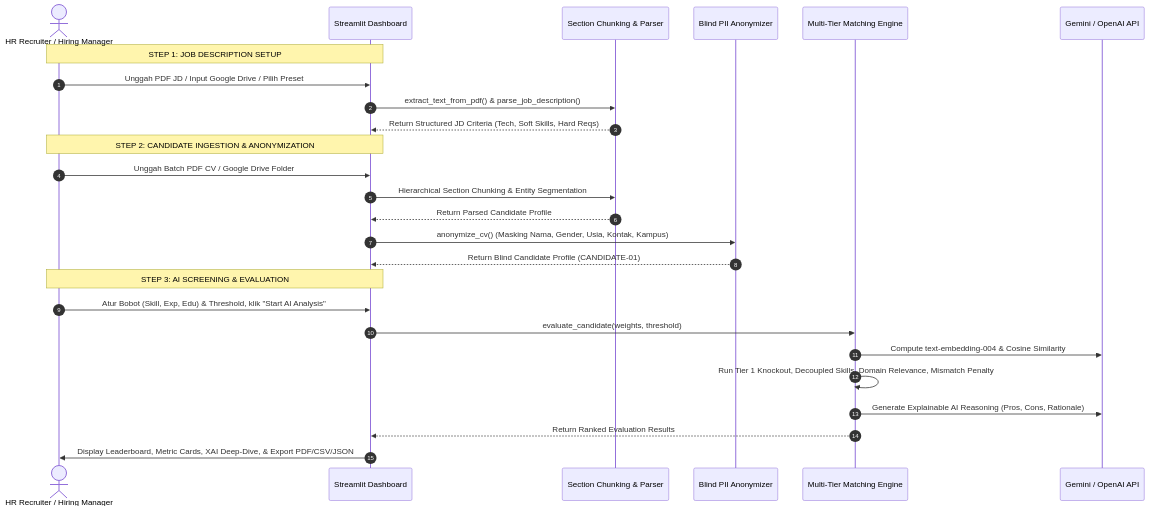
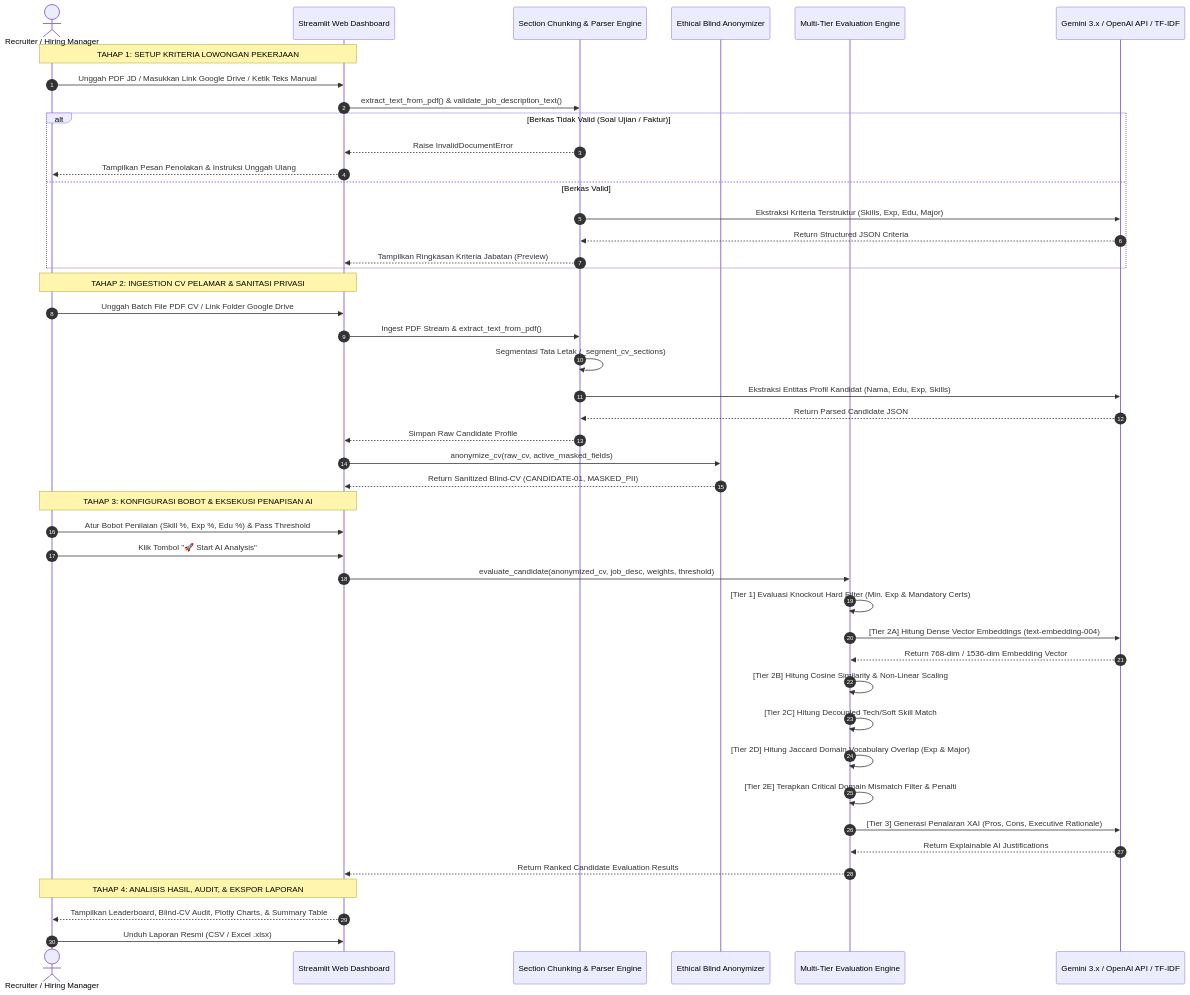
One commit to rrexzra36/Autonomous_Candidate_Screening_Platform changed the first of 3 diagrams in PRD.md. Above: the diagram before and after it, drawn with Mermaid. The commit also changed other lines of this file and 4 other files, not shown here.

````diff
--- a/PRD.md
+++ b/PRD.md
@@ -45,31 +126,52 @@
 ```mermaid
 sequenceDiagram
     autonumber
-    actor HR as HR Recruiter / Hiring Manager
-    participant App as Streamlit Dashboard
-    participant Parser as Section Chunking & Parser
-    participant Anon as Blind PII Anonymizer
-    participant Matcher as Multi-Tier Matching Engine
-    participant LLM as Gemini / OpenAI API
+    actor HR as Recruiter / Hiring Manager
+    participant UI as Streamlit Web Dashboard
+    participant Parser as Section Chunking & Parser Engine
+    participant Anon as Ethical Blind Anonymizer
+    participant Matcher as Multi-Tier Evaluation Engine
+    participant AI as Gemini 3.x / OpenAI API / TF-IDF
 
-    Note over HR,App: STEP 1: JOB DESCRIPTION SETUP
-    HR->>App: Unggah PDF JD / Input Google Drive / Pilih Preset
-    App->>Parser: extract_text_from_pdf() & parse_job_description()
-    Parser-->>App: Return Structured JD Criteria (Tech, Soft Skills, Hard Reqs)
+    Note over HR,UI: TAHAP 1: SETUP KRITERIA LOWONGAN PEKERJAAN
+    HR->>UI: Unggah PDF JD / Masukkan Link Google Drive / Ketik Teks Manual
+    UI->>Parser: extract_text_from_pdf() & validate_job_description_text()
+    alt Berkas Tidak Valid (Soal Ujian / Faktur)
+        Parser-->>UI: Raise InvalidDocumentError
+        UI-->>HR: Tampilkan Pesan Penolakan & Instruksi Unggah Ulang
+    else Berkas Valid
+        Parser->>AI: Ekstraksi Kriteria Terstruktur (Skills, Exp, Edu, Major)
+        AI-->>Parser: Return Structured JSON Criteria
+        Parser-->>UI: Tampilkan Ringkasan Kriteria Jabatan (Preview)
+    end
 
-    Note over HR,App: STEP 2: CANDIDATE INGESTION & ANONYMIZATION
-    HR->>App: Unggah Batch PDF CV / Google Drive Folder
-    App->>Parser: Hierarchical Section Chunking & Entity Segmentation
-    Parser-->>App: Return Parsed Candidate Profile
-    App->>Anon: anonymize_cv() (Masking Nama, Gender, Usia, Kontak, Kampus)
-    Anon-->>App: Return Blind Candidate Profile (CANDIDATE-01)
+    Note over HR,UI: TAHAP 2: INGESTION CV PELAMAR & SANITASI PRIVASI
+    HR->>UI: Unggah Batch File PDF CV / Link Folder Google Drive
+    UI->>Parser: Ingest PDF Stream & extract_text_from_pdf()
+    Parser->>Parser: Segmentasi Tata Letak (_segment_cv_sections)
+    Parser->>AI: Ekstraksi Entitas Profil Kandidat (Nama, Edu, Exp, Skills)
+    AI-->>Parser: Return Parsed Candidate JSON
+    Parser-->>UI: Simpan Raw Candidate Profile
+    UI->>Anon: anonymize_cv(raw_cv, active_masked_fields)
+    Anon-->>UI: Return Sanitized Blind-CV (CANDIDATE-01, MASKED_PII)
 
-    Note over HR,App: STEP 3: AI SCREENING & EVALUATION
-    HR->>App: Atur Bobot (Skill, Exp, Edu) & Threshold, klik "Start AI Analysis"
-    App->>Matcher: evaluate_candidate(weights, threshold)
-    Matcher->>LLM: Compute text-embedding-004 & Cosine Similarity
-    Matcher->>Matcher: Run Tier 1 Knockout, Decoupled Skills, Domain Relevance, Mismatch Penalty
-    Matcher->>LLM: Generate Explainable AI Reasoning (Pros, Cons, Rationale)
-    Matcher-->>App: Return Ranked Evaluation Results
-    App->>HR: Display Leaderboard, Metric Cards, XAI Deep-Dive, & Export PDF/CSV/JSON
+    Note over HR,UI: TAHAP 3: KONFIGURASI BOBOT & EKSEKUSI PENAPISAN AI
+    HR->>UI: Atur Bobot Penilaian (Skill %, Exp %, Edu %) & Pass Threshold
+    HR->>UI: Klik Tombol "🚀 Start AI Analysis"
+    UI->>Matcher: evaluate_candidate(anonymized_cv, job_desc, weights, threshold)
+    
+    Matcher->>Matcher: [Tier 1] Evaluasi Knockout Hard Filter (Min. Exp & Mandatory Certs)
+    Matcher->>AI: [Tier 2A] Hitung Dense Vector Embeddings (text-embedding-004)
+    AI-->>Matcher: Return 768-dim / 1536-dim Embedding Vector
+    Matcher->>Matcher: [Tier 2B] Hitung Cosine Similarity & Non-Linear Scaling
+    Matcher->>Matcher: [Tier 2C] Hitung Decoupled Tech/Soft Skill Match
+    Matcher->>Matcher: [Tier 2D] Hitung Jaccard Domain Vocabulary Overlap (Exp & Major)
+    Matcher->>Matcher: [Tier 2E] Terapkan Critical Domain Mismatch Filter & Penalti
+    Matcher->>AI: [Tier 3] Generasi Penalaran XAI (Pros, Cons, Executive Rationale)
+    AI-->>Matcher: Return Explainable AI Justifications
+    Matcher-->>UI: Return Ranked Candidate Evaluation Results
+
+    Note over HR,UI: TAHAP 4: ANALISIS HASIL, AUDIT, & EKSPOR LAPORAN
+    UI-->>HR: Tampilkan Leaderboard, Blind-CV Audit, Plotly Charts, & Summary Table
+    HR->>UI: Unduh Laporan Resmi (CSV / Excel .xlsx)
 ```
````
